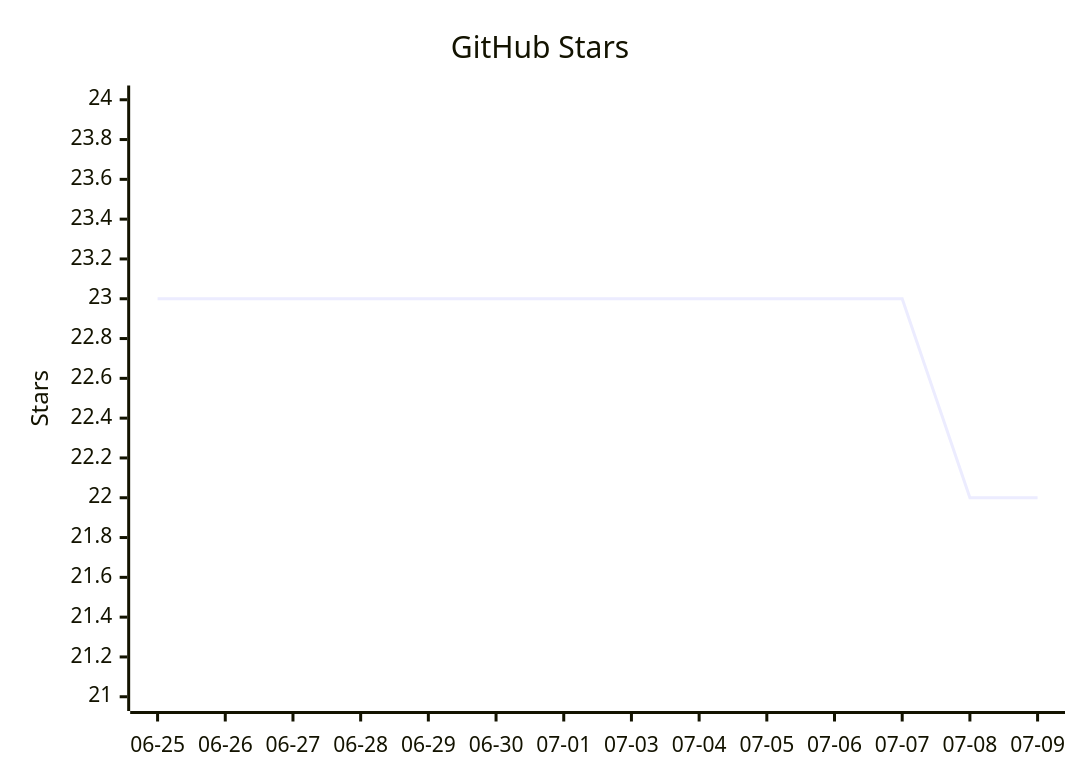
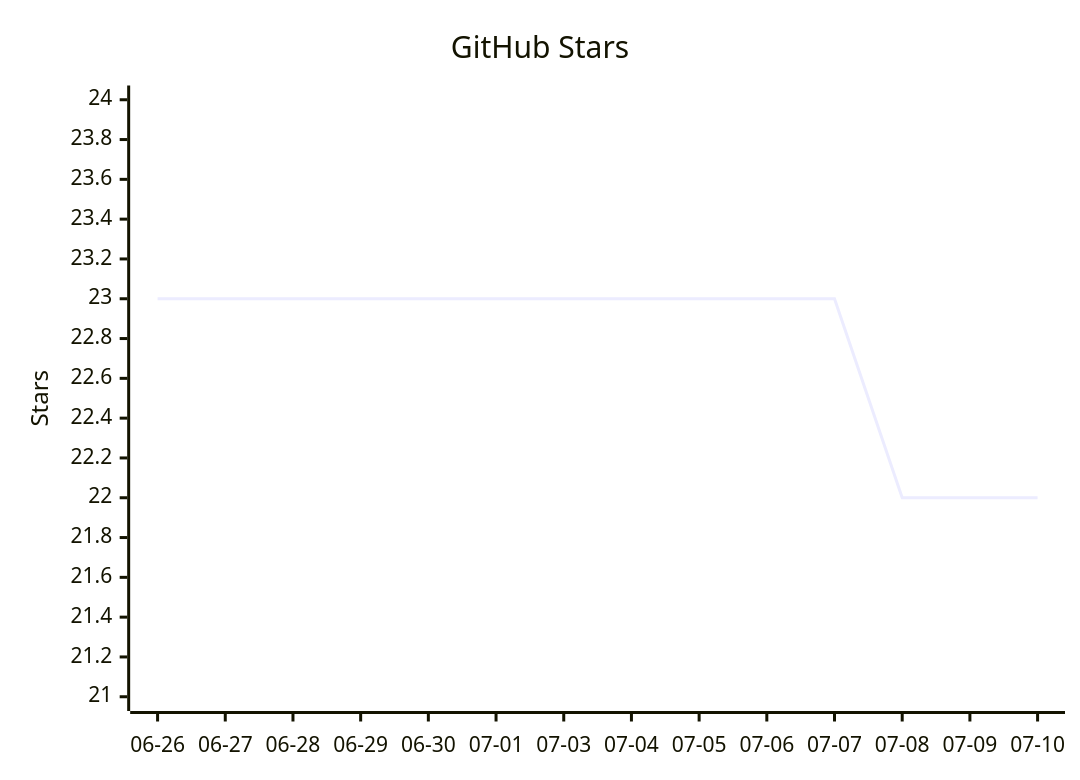
Before and after one commit to vectie/moonclaw: the diagram in README.mbt.md, drawn with Mermaid. The commit also changed other lines of this file and 1 other file, not shown here.

Commit message:
Update README star growth

````diff
--- a/README.mbt.md
+++ b/README.mbt.md
@@ -619,7 +619,7 @@
 ```mermaid
 xychart-beta
     title "GitHub Stars"
-    x-axis ["06-25","06-26","06-27","06-28","06-29","06-30","07-01","07-03","07-04","07-05","07-06","07-07","07-08","07-09"]
+    x-axis ["06-26","06-27","06-28","06-29","06-30","07-01","07-03","07-04","07-05","07-06","07-07","07-08","07-09","07-10"]
     y-axis "Stars" 21 --> 24
-    line [23,23,23,23,23,23,23,23,23,23,23,23,22,22]
+    line [23,23,23,23,23,23,23,23,23,23,23,22,22,22]
 ```
````
